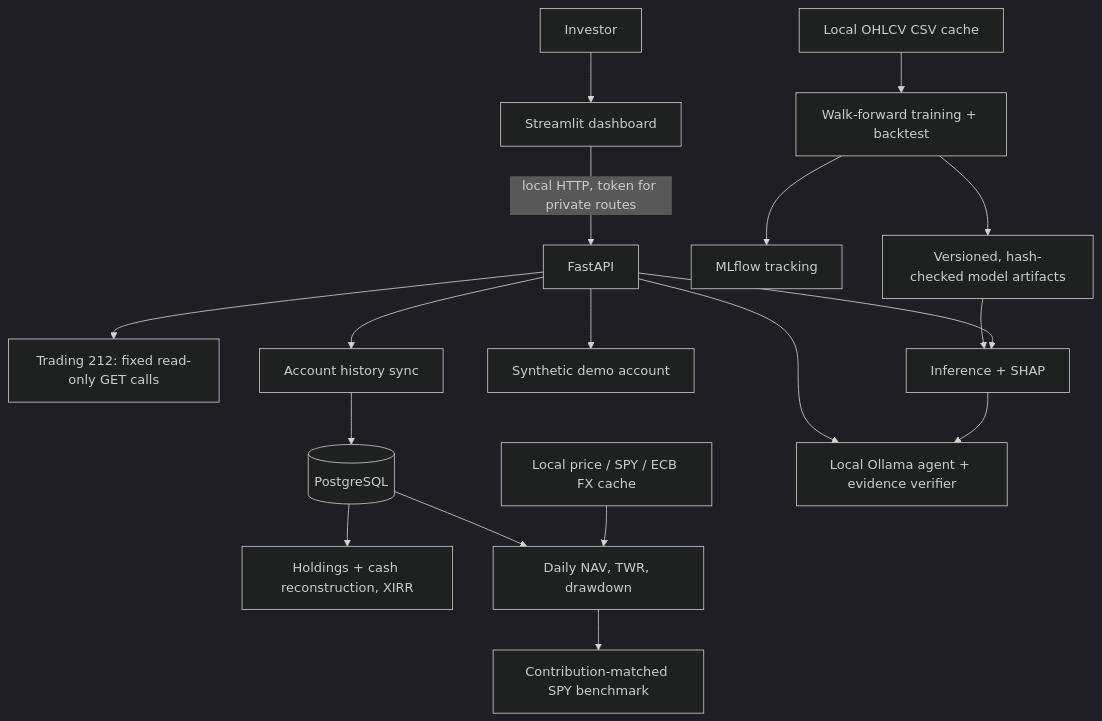
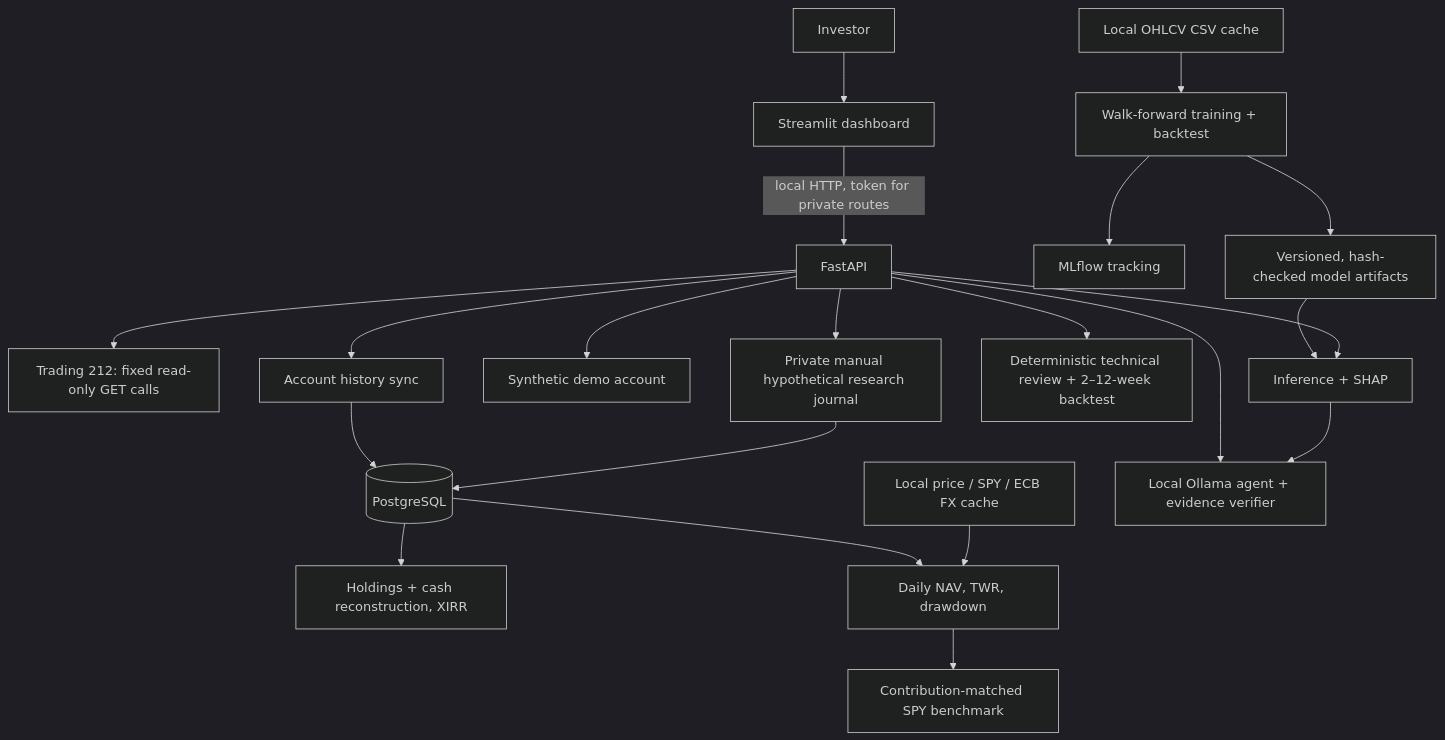
One commit to PranayElligaram/marketops changed the diagram in docs/architecture.md. Above: the diagram before and after it, drawn with Mermaid (dark theme). The commit also changed 16 other files, not shown here.

First line of the commit message:
Complete original-scope position research and private journal

````diff
--- a/docs/architecture.md
+++ b/docs/architecture.md
@@ -3,20 +3,23 @@
 ```mermaid
 flowchart TD
     User[Investor] --> UI[Streamlit dashboard]
     UI -->|local HTTP, token for private routes| API[FastAPI]
     API --> Broker[Trading 212: fixed read-only GET calls]
     API --> History[Account history sync]
     History --> DB[(PostgreSQL)]
     DB --> Recon[Holdings + cash reconstruction, XIRR]
     DB --> Val[Daily NAV, TWR, drawdown]
     Prices[Local price / SPY / ECB FX cache] --> Val
     Val --> Bench[Contribution-matched SPY benchmark]
     API --> Demo[Synthetic demo account]
     Market[Local OHLCV CSV cache] --> Training[Walk-forward training + backtest]
     Training --> MLflow[MLflow tracking]
     Training --> Artifacts[Versioned, hash-checked model artifacts]
     Artifacts --> Inference[Inference + SHAP]
     API --> Inference
     API --> Agent[Local Ollama agent + evidence verifier]
+    API --> Decision[Deterministic technical review + 2–12-week backtest]
+    API --> Journal[Private manual hypothetical research journal]
+    Journal --> DB
     Inference --> Agent
 ```
````
